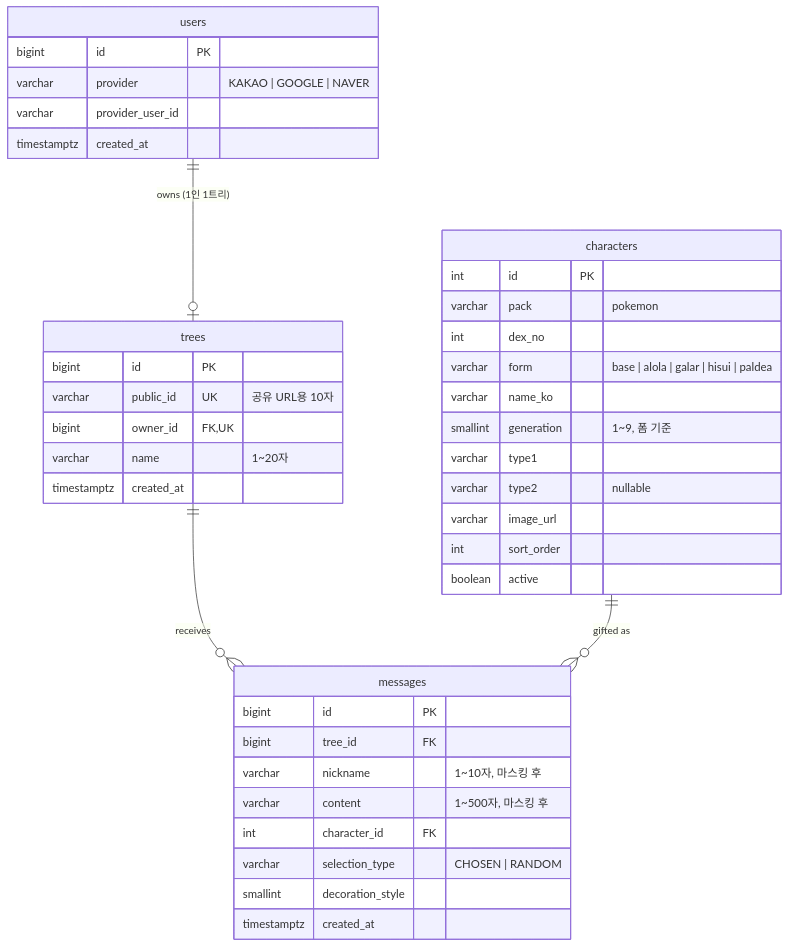
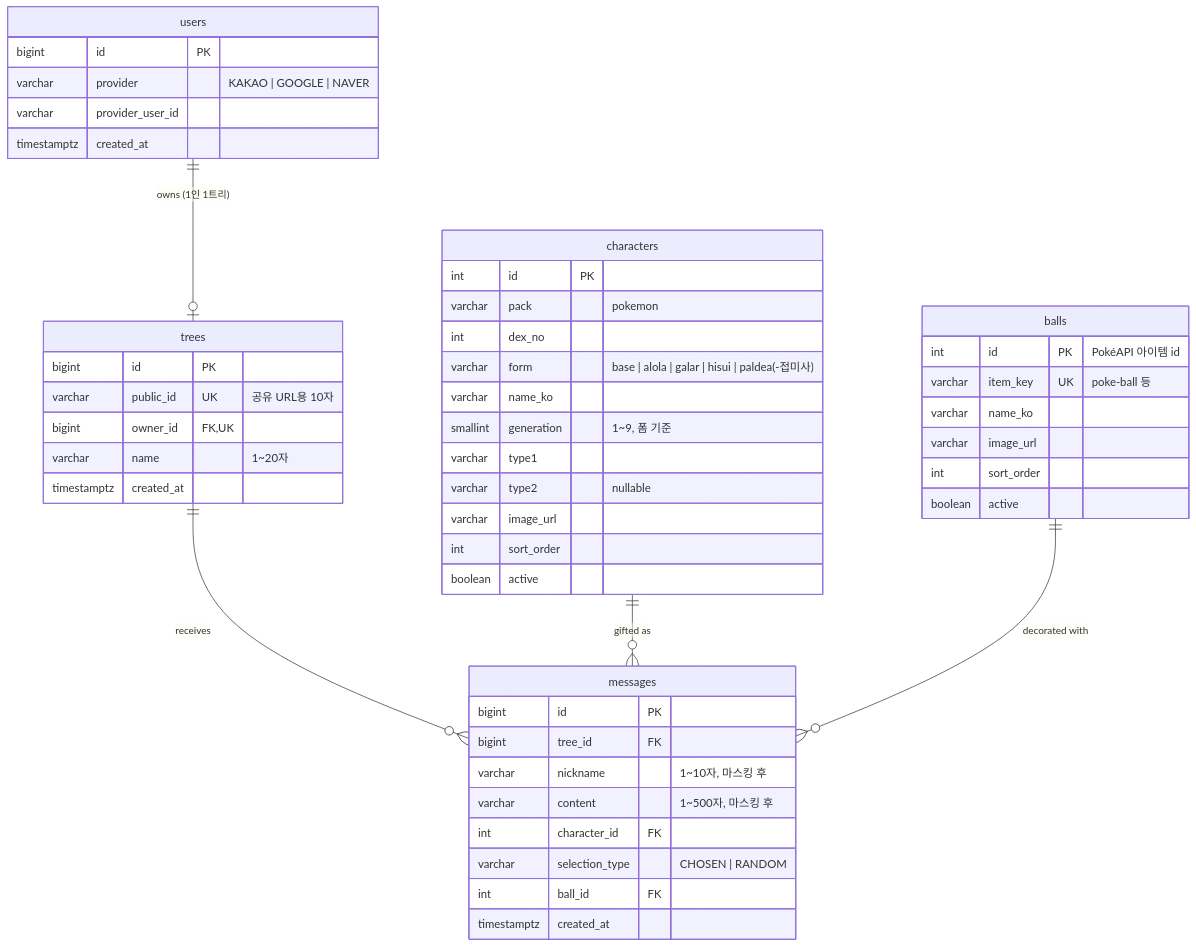
One commit to Pevelovers/poke-letter changed the diagram in docs/product/erd.md. Above: the diagram before and after it, drawn with Mermaid. The commit also changed other lines of this file and 15 other files, not shown here.

````diff
--- a/docs/product/erd.md
+++ b/docs/product/erd.md
@@ -8,43 +8,52 @@
 ```mermaid
 erDiagram
     users ||--o| trees : "owns (1인 1트리)"
     trees ||--o{ messages : "receives"
     characters ||--o{ messages : "gifted as"
+    balls ||--o{ messages : "decorated with"
 
     users {
         bigint id PK
         varchar provider "KAKAO | GOOGLE | NAVER"
         varchar provider_user_id
         timestamptz created_at
     }
     trees {
         bigint id PK
         varchar public_id UK "공유 URL용 10자"
         bigint owner_id FK,UK
         varchar name "1~20자"
         timestamptz created_at
     }
     messages {
         bigint id PK
         bigint tree_id FK
         varchar nickname "1~10자, 마스킹 후"
         varchar content "1~500자, 마스킹 후"
         int character_id FK
         varchar selection_type "CHOSEN | RANDOM"
-        smallint decoration_style
+        int ball_id FK
         timestamptz created_at
     }
     characters {
         int id PK
         varchar pack "pokemon"
         int dex_no
-        varchar form "base | alola | galar | hisui | paldea"
+        varchar form "base | alola | galar | hisui | paldea(-접미사)"
         varchar name_ko
         smallint generation "1~9, 폼 기준"
         varchar type1
         varchar type2 "nullable"
         varchar image_url
         int sort_order
         boolean active
     }
+    balls {
+        int id PK "PokéAPI 아이템 id"
+        varchar item_key UK "poke-ball 등"
+        varchar name_ko
+        varchar image_url
+        int sort_order
+        boolean active
+    }
 ```
````
